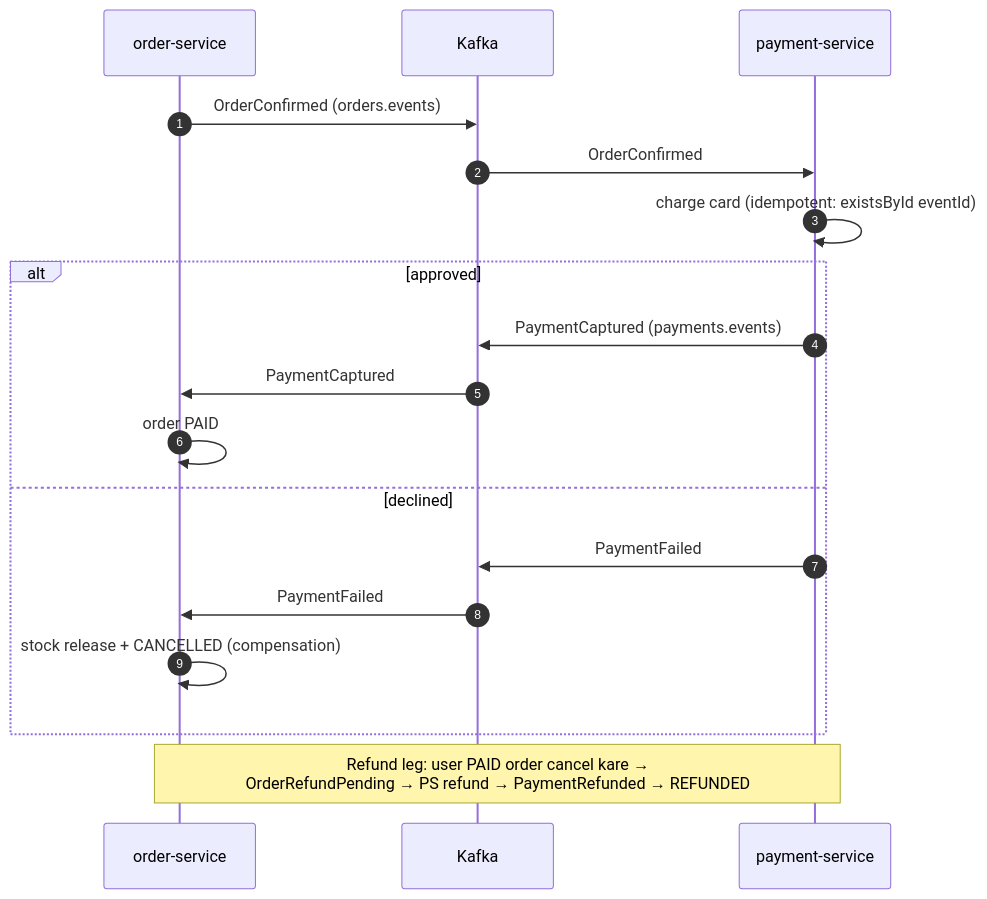
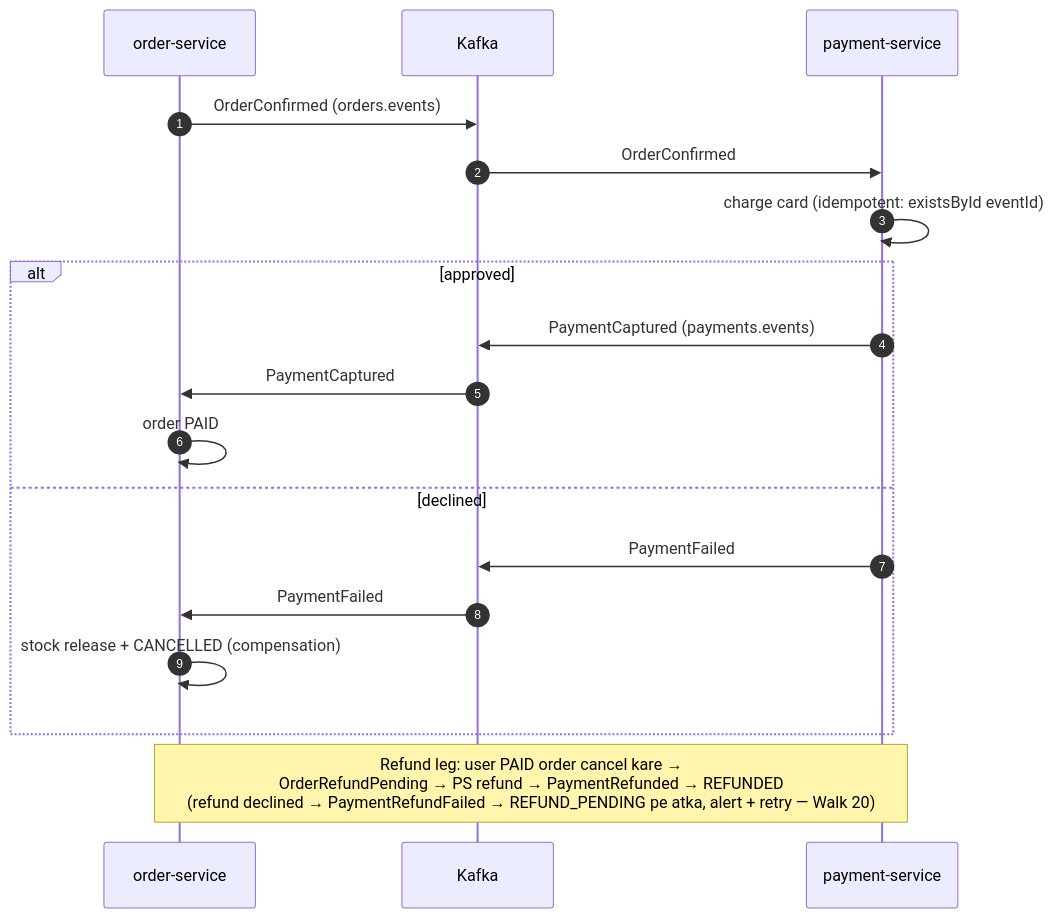
The fourth of 13 diagrams in docs/VISUAL-FLOWS.md (Rajji01/DevopsComplete), drawn with Mermaid before and after one commit. The commit also changed other lines of this file and 1 other file, not shown here.

First line of the commit message:
Walk 26: add refund-decline branch to VISUAL-FLOWS state machine

````diff
--- a/docs/VISUAL-FLOWS.md
+++ b/docs/VISUAL-FLOWS.md
@@ -139,20 +140,20 @@
 ```mermaid
 sequenceDiagram
     autonumber
     participant OS as order-service
     participant K as Kafka
     participant PS as payment-service
     OS->>K: OrderConfirmed (orders.events)
     K->>PS: OrderConfirmed
     PS->>PS: charge card (idempotent: existsById eventId)
     alt approved
       PS->>K: PaymentCaptured (payments.events)
       K->>OS: PaymentCaptured
       OS->>OS: order PAID
     else declined
       PS->>K: PaymentFailed
       K->>OS: PaymentFailed
       OS->>OS: stock release + CANCELLED (compensation)
     end
-    Note over OS,PS: Refund leg: user PAID order cancel kare →<br/>OrderRefundPending → PS refund → PaymentRefunded → REFUNDED
+    Note over OS,PS: Refund leg: user PAID order cancel kare →<br/>OrderRefundPending → PS refund → PaymentRefunded → REFUNDED<br/>(refund declined → PaymentRefundFailed → REFUND_PENDING pe atka, alert + retry — Walk 20)
 ```
````
